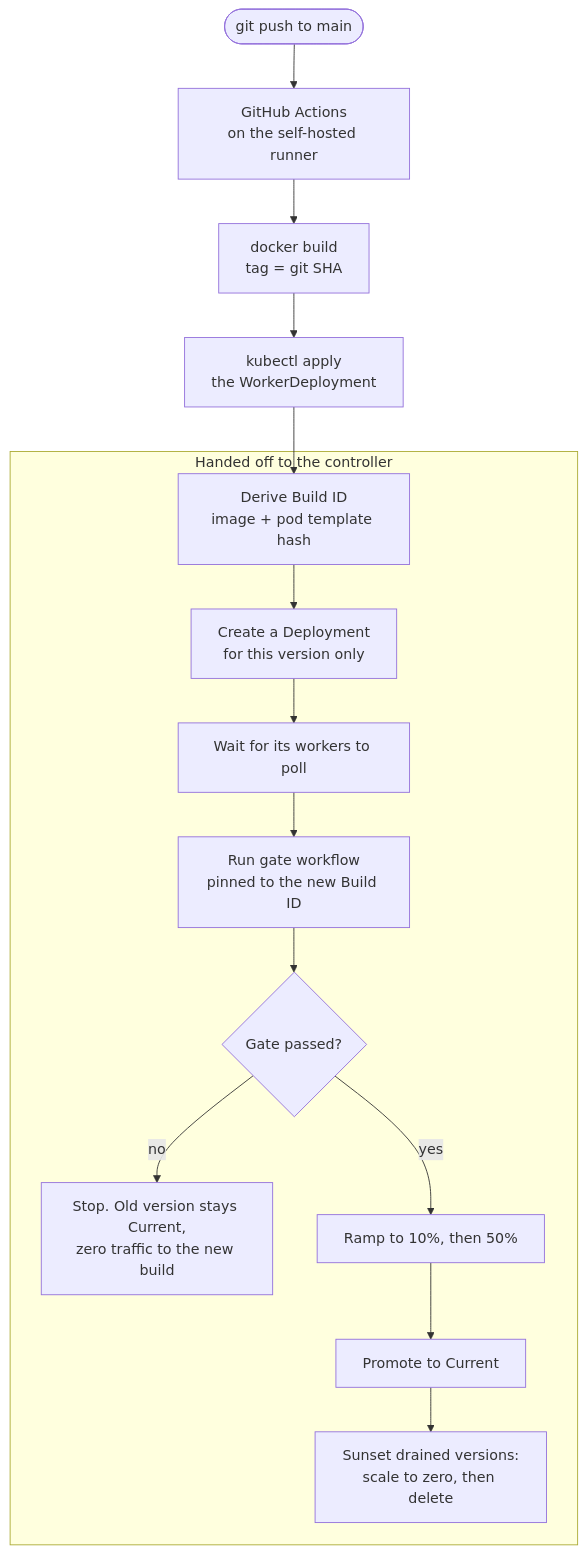
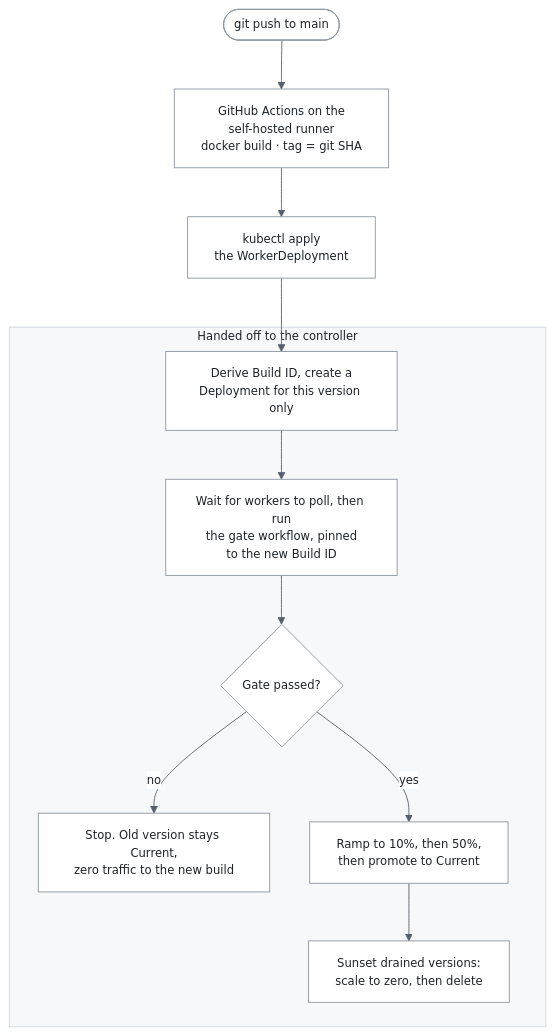
Before and after one commit to adam-quan/worker-controller-demo: the third of 3 diagrams in docs/automating-temporal-worker-versioning.md, drawn with Mermaid. The commit also changed other lines of this file and 2 other files, not shown here.

````diff
--- a/docs/automating-temporal-worker-versioning.md
+++ b/docs/automating-temporal-worker-versioning.md
@@ -420,20 +475,23 @@
 ```mermaid
-flowchart TD
-    A(["git push to main"]) --> B["GitHub Actions<br/>on the self-hosted runner"]
-    B --> C["docker build<br/>tag = git SHA"]
-    C --> D["kubectl apply<br/>the WorkerDeployment"]
+%%{init: {"theme":"base","themeVariables":{"background":"#ffffff","primaryColor":"#ffffff","primaryTextColor":"#1f2328","primaryBorderColor":"#8c959f","lineColor":"#57606a","secondaryColor":"#f6f8fa","tertiaryColor":"#ffffff","clusterBkg":"#f6f8fa","clusterBorder":"#d0d7de","edgeLabelBackground":"#ffffff","fontSize":"13px","arrowheadColor":"#57606a","titleColor":"#1f2328","nodeTextColor":"#1f2328","textColor":"#1f2328"},"flowchart":{"htmlLabels":true,"useMaxWidth":true,"diagramPadding":24,"nodeSpacing":45,"rankSpacing":55}}}%%
+flowchart TB
+    A(["git push to main"]) --> B["GitHub Actions on the<br/>self-hosted runner<br/>docker build · tag = git SHA"]
+    B --> D["kubectl apply<br/>the WorkerDeployment"]
 
     subgraph CTRL["Handed off to the controller"]
-        F["Derive Build ID<br/>image + pod template hash"]
-        F --> G["Create a Deployment<br/>for this version only"]
-        G --> H["Wait for its workers to poll"]
-        H --> I["Run gate workflow<br/>pinned to the new Build ID"]
-        I --> Q{"Gate passed?"}
+        F["Derive Build ID, create a<br/>Deployment for this version only"]
+        F --> H["Wait for workers to poll, then run<br/>the gate workflow, pinned<br/>to the new Build ID"]
+        H --> Q{"Gate passed?"}
         Q -->|"no"| J["Stop. Old version stays Current,<br/>zero traffic to the new build"]
-        Q -->|"yes"| K["Ramp to 10%, then 50%"]
-        K --> L["Promote to Current"]
-        L --> M["Sunset drained versions:<br/>scale to zero, then delete"]
+        Q -->|"yes"| K["Ramp to 10%, then 50%,<br/>then promote to Current"]
+        K --> M["Sunset drained versions:<br/>scale to zero, then delete"]
     end
 
     D --> F
+
+    %% --- Light palette, in plain diagram syntax --------------------------
+    classDef box fill:#ffffff,stroke:#8c959f,stroke-width:1px,color:#1f2328
+    class A,B,D,F,H,Q,J,K,M box
+    style CTRL fill:#f6f8fa,stroke:#d0d7de,color:#1f2328
+    linkStyle default stroke:#57606a,color:#1f2328
 ```
````
